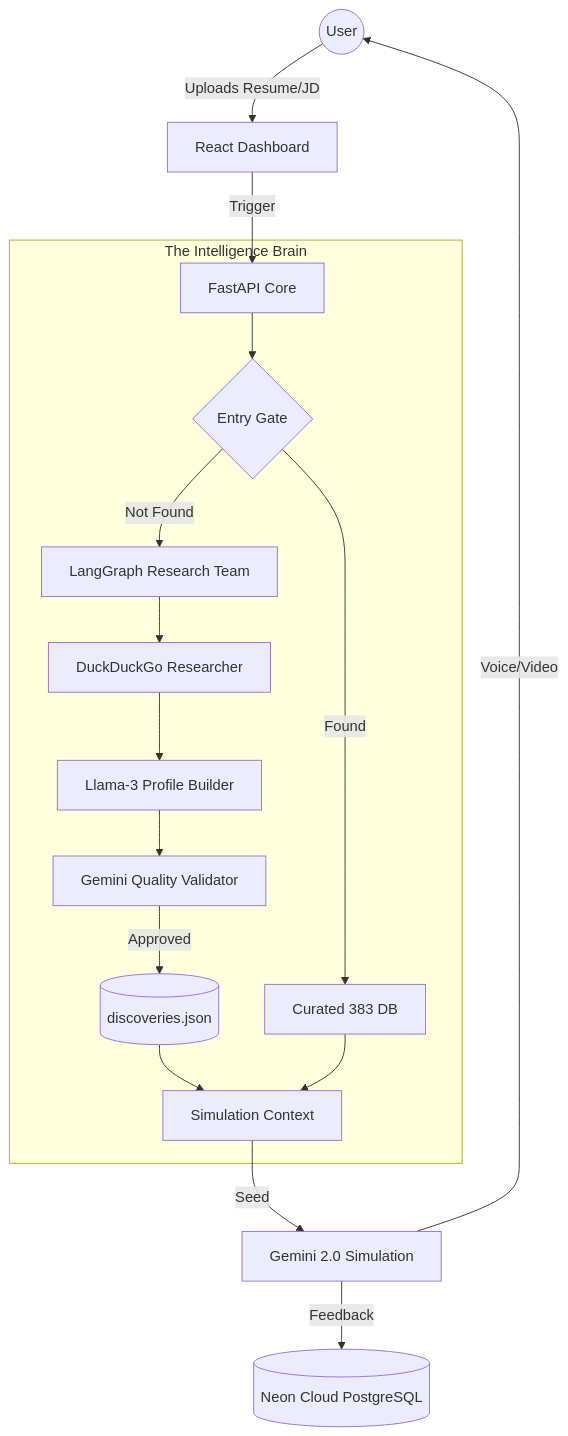
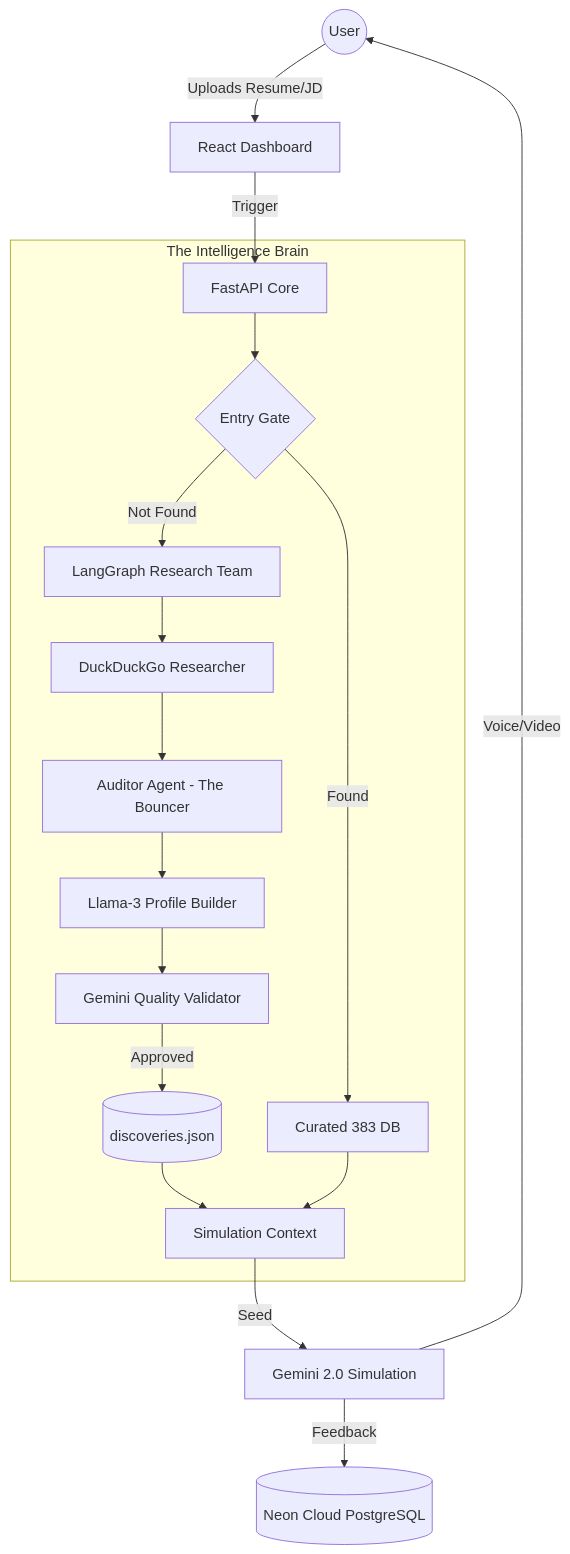
One commit to Edge-Explorer/Interview-Prep changed the diagram in README.md. Above: the diagram before and after it, drawn with Mermaid. The commit also changed other lines of this file and 3 other files, not shown here.

Commit message:
docs: update READMEs and Mermaid diagrams to reflect Auditor Agent and 4-agent architecture

````diff
--- a/README.md
+++ b/README.md
@@ -39,23 +39,24 @@
 ```mermaid
 graph TD
     User((User)) -->|Uploads Resume/JD| UI[React Dashboard]
     UI -->|Trigger| Backend[FastAPI Core]
     
     subgraph "The Intelligence Brain"
         Backend --> Gatekeeper{Entry Gate}
         Gatekeeper -->|Found| DB[Curated 383 DB]
         Gatekeeper -->|Not Found| Agents[LangGraph Research Team]
         
         Agents --> Researcher[DuckDuckGo Researcher]
-        Researcher --> Architect[Llama-3 Profile Builder]
+        Researcher --> Auditor[Auditor Agent - The Bouncer]
+        Auditor --> Architect[Llama-3 Profile Builder]
         Architect --> Critic[Gemini Quality Validator]
         
         Critic -->|Approved| Memory[(discoveries.json)]
         Memory --> Context[Simulation Context]
         DB --> Context
     end
     
     Context -->|Seed| Simulation[Gemini 2.0 Simulation]
     Simulation -->|Voice/Video| User
     Simulation -->|Feedback| Persistence[(Neon Cloud PostgreSQL)]
 ```
````
